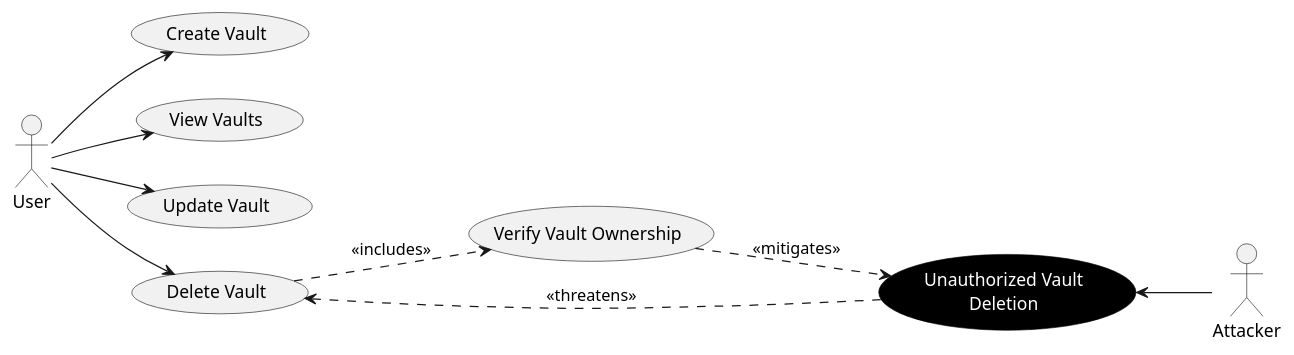
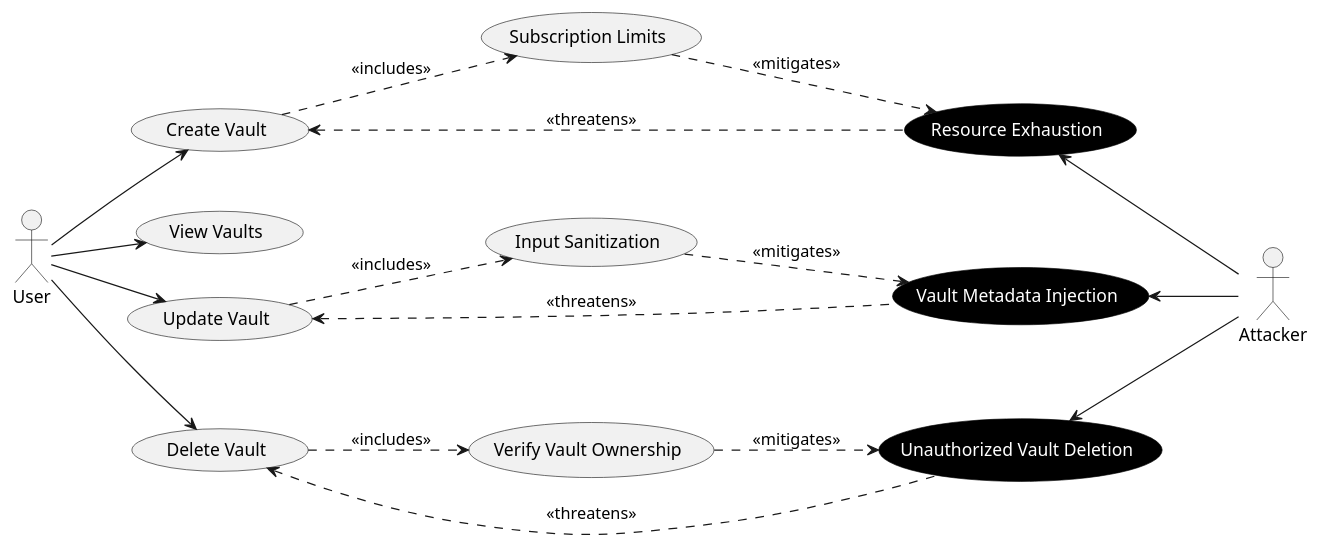
The diagram in Phase1/images/abuse-cases/vault/vault-management.puml (mei-desofs/desofs2026_thu_ffs_2), drawn with PlantUML before and after one commit. The commit also changed 13 other files, not shown here.

Commit message:
G - #6 - Update abuse case diagrams

```diff
--- a/Phase1/images/abuse-cases/vault/vault-management.puml
+++ b/Phase1/images/abuse-cases/vault/vault-management.puml
@@ -1,37 +1,48 @@
 @startuml
 left to right direction
 hide stereotype
 skinparam defaultTextAlignment center
 
 skinparam usecase {
     BackgroundColor<<Abuse>> Black
     FontColor<<Abuse>> White
     BorderColor<<Abuse>> Black
 }
 
 actor "User" as User
 actor "Attacker" as Attacker
 
 usecase "Create Vault" as UC_Create
 usecase "View Vaults" as UC_View
 usecase "Update Vault" as UC_Update
 usecase "Delete Vault" as UC_Delete
 
 usecase "Verify Vault Ownership" as UC_Verify
+usecase "Input Sanitization" as UC_Sanitize
+usecase "Subscription Limits" as UC_Limits
 
-usecase "Unauthorized Vault\nDeletion" as AC_IDOR <<Abuse>>
+usecase "Unauthorized Vault Deletion" as AC_IDOR <<Abuse>>
+usecase "Vault Metadata Injection" as AC_Injection <<Abuse>>
+usecase "Resource Exhaustion" as AC_DoS <<Abuse>>
 
 User --> UC_Create
 User --> UC_View
 User --> UC_Update
 User --> UC_Delete
 
+UC_Create ..> UC_Limits : <<includes>>
+UC_Update ..> UC_Sanitize : <<includes>>
 UC_Delete ..> UC_Verify : <<includes>>
 
 UC_Verify ..> AC_IDOR : <<mitigates>>
+UC_Sanitize ..> AC_Injection : <<mitigates>>
+UC_Limits ..> AC_DoS : <<mitigates>>
 
 UC_Delete <.. AC_IDOR : <<threatens>>
+UC_Update <.. AC_Injection : <<threatens>>
+UC_Create <.. AC_DoS : <<threatens>>
 
 AC_IDOR <-- Attacker
-
+AC_Injection <-- Attacker
+AC_DoS <-- Attacker
 @enduml
```
